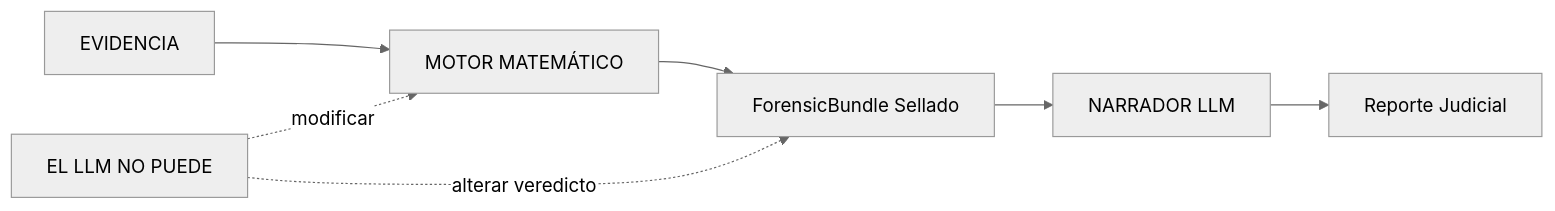
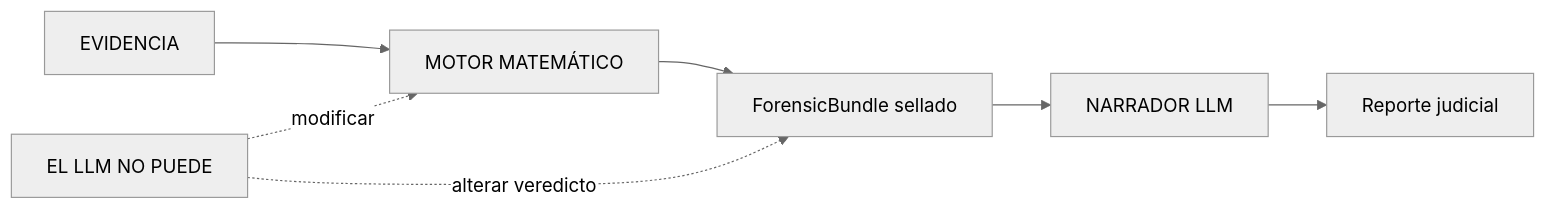
Before and after one commit to annatchijova/vigia-intent-analysis: the diagram in README_ES.md, drawn with Mermaid (neutral theme). The commit also changed other lines of this file and 19 other files, not shown here.

````diff
--- a/README_ES.md
+++ b/README_ES.md
@@ -213,9 +61,9 @@
 ```mermaid
 graph LR
     A[EVIDENCIA] --> B[MOTOR MATEMÁTICO]
-    B --> C[ForensicBundle Sellado]
+    B --> C[ForensicBundle sellado]
     C --> D[NARRADOR LLM]
-    D --> E[Reporte Judicial]
+    D --> E[Reporte judicial]
     F[EL LLM NO PUEDE] -.->|modificar| B
     F -.->|alterar veredicto| C
 ```
````
